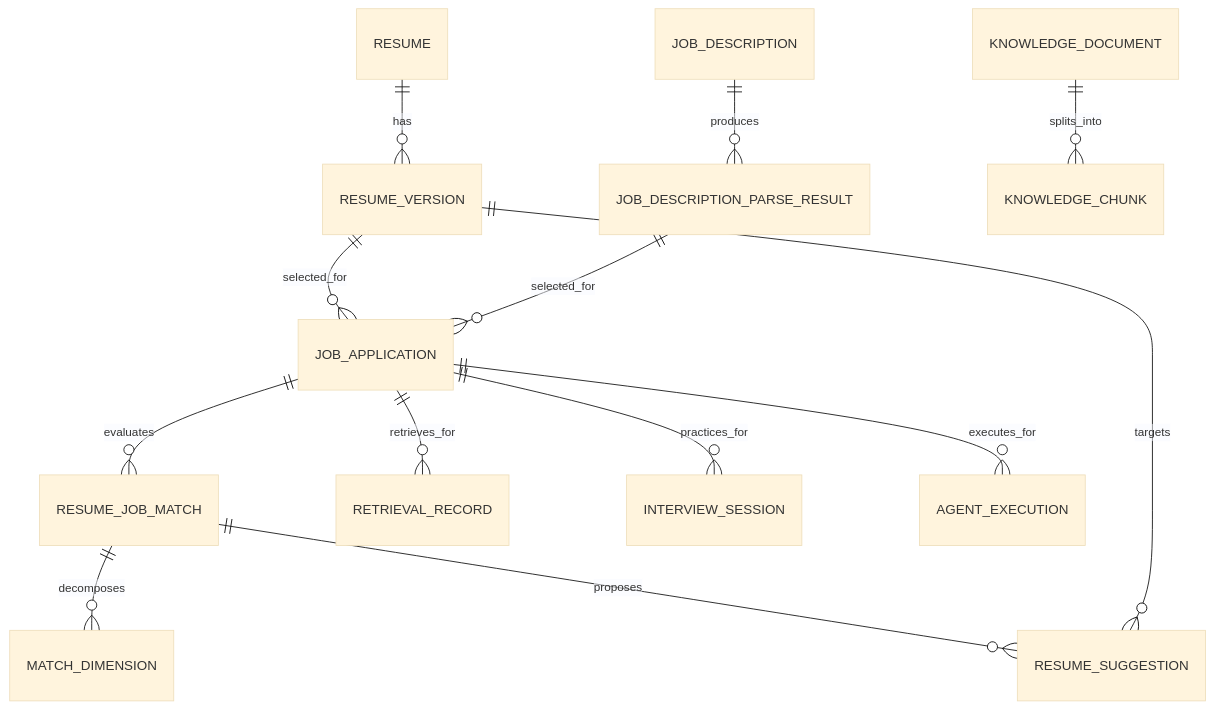
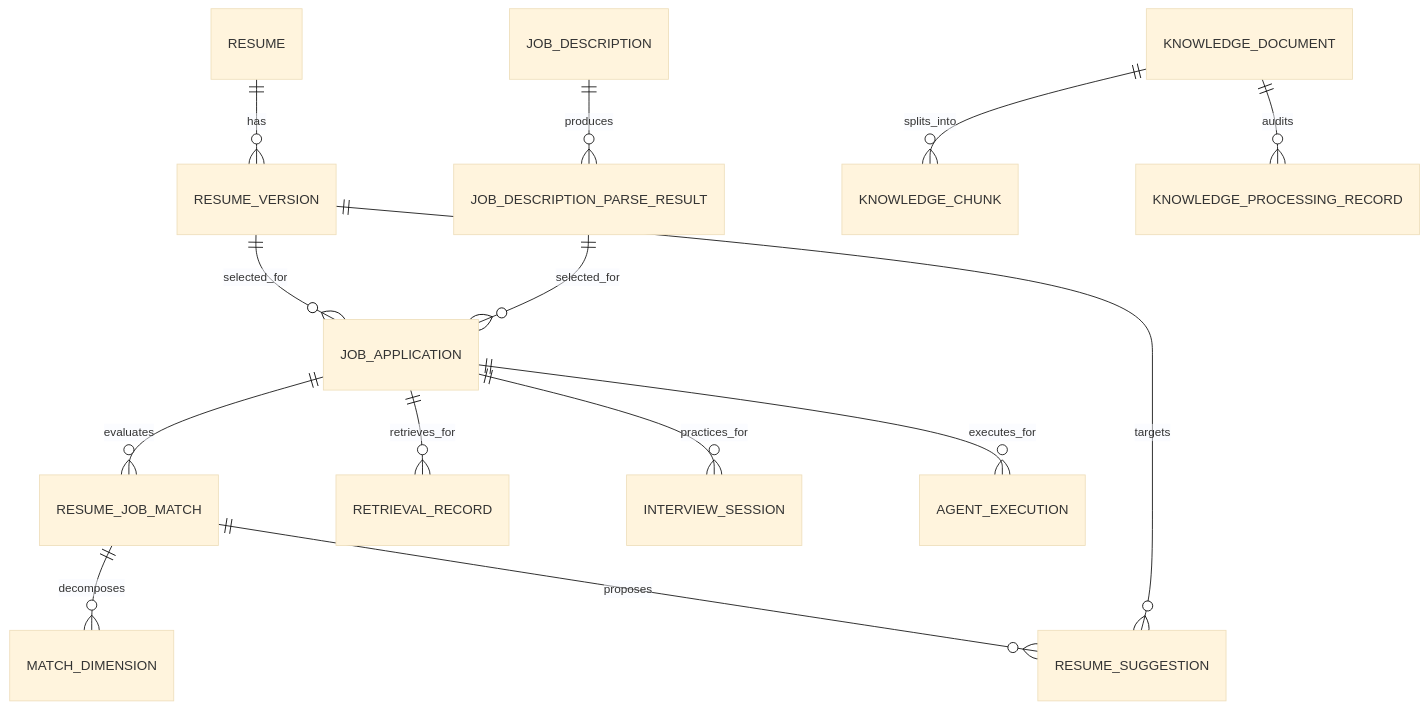
One commit to lanruobing0/lingxi-resume changed the diagram in docs/RAG_DATA_MODEL.md. Above: the diagram before and after it, drawn with Mermaid (base theme). The commit also changed other lines of this file and 16 other files, not shown here.

````diff
--- a/docs/RAG_DATA_MODEL.md
+++ b/docs/RAG_DATA_MODEL.md
@@ -29,15 +30,16 @@
 ```mermaid
 erDiagram
   RESUME ||--o{ RESUME_VERSION : has
   JOB_DESCRIPTION ||--o{ JOB_DESCRIPTION_PARSE_RESULT : produces
   RESUME_VERSION ||--o{ JOB_APPLICATION : selected_for
   JOB_DESCRIPTION_PARSE_RESULT ||--o{ JOB_APPLICATION : selected_for
   JOB_APPLICATION ||--o{ RESUME_JOB_MATCH : evaluates
   RESUME_JOB_MATCH ||--o{ MATCH_DIMENSION : decomposes
   RESUME_JOB_MATCH ||--o{ RESUME_SUGGESTION : proposes
   RESUME_VERSION ||--o{ RESUME_SUGGESTION : targets
   KNOWLEDGE_DOCUMENT ||--o{ KNOWLEDGE_CHUNK : splits_into
+  KNOWLEDGE_DOCUMENT ||--o{ KNOWLEDGE_PROCESSING_RECORD : audits
   JOB_APPLICATION ||--o{ RETRIEVAL_RECORD : retrieves_for
   JOB_APPLICATION ||--o{ INTERVIEW_SESSION : practices_for
   JOB_APPLICATION ||--o{ AGENT_EXECUTION : executes_for
 ```
````
